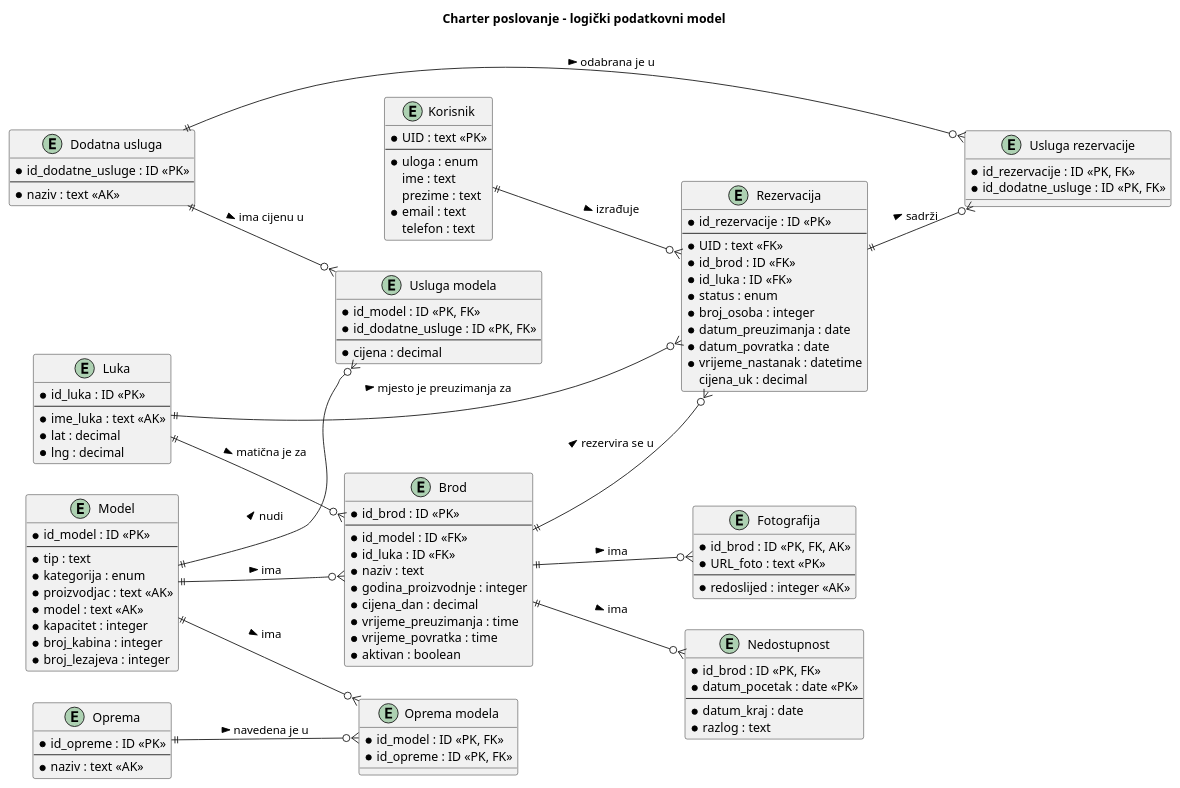
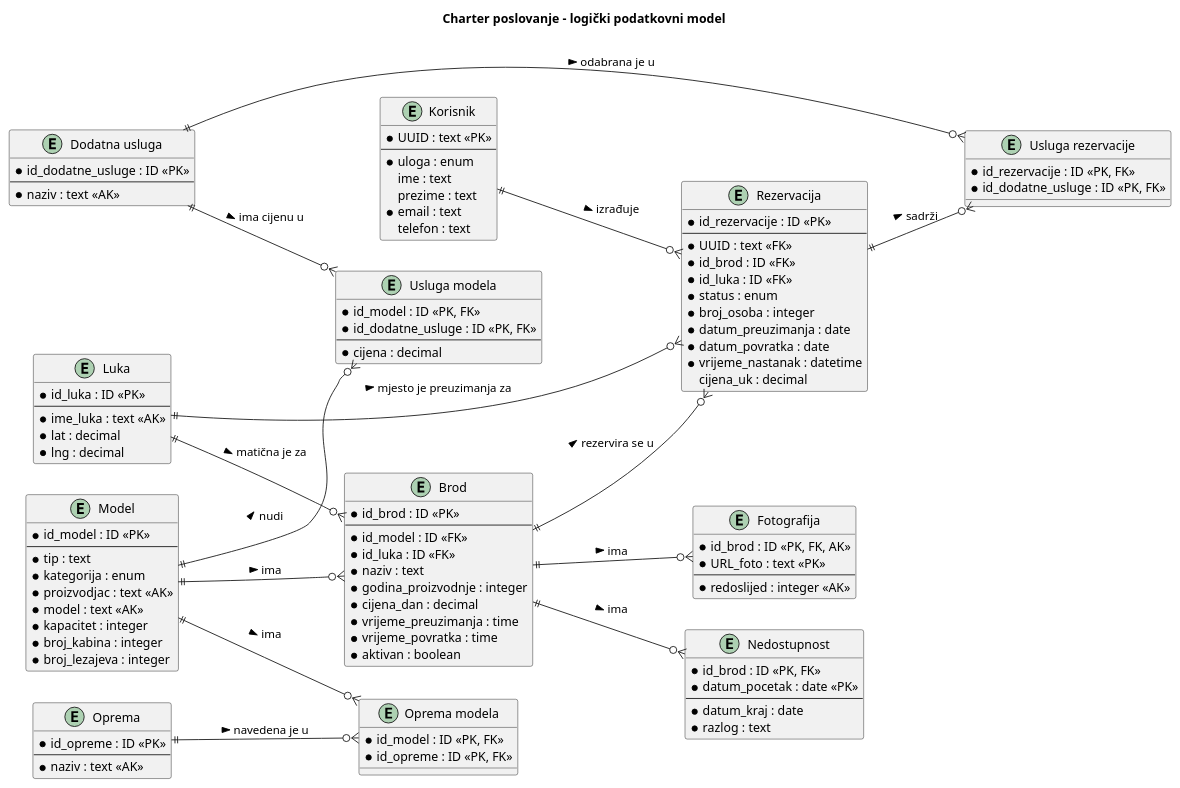
The diagram in docs/puml/4-2-charter-data-ERD.puml (auzelac1/PROGI_PROJEKT), drawn with PlantUML before and after one commit. The commit also changed 7 other files, not shown here.

```diff
--- a/docs/puml/4-2-charter-data-ERD.puml
+++ b/docs/puml/4-2-charter-data-ERD.puml
@@ -1,121 +1,121 @@
 @startuml
 left to right direction
 title Charter poslovanje - logički podatkovni model
 
 skinparam shadowing false
 
 entity "Korisnik" as korisnik {
-    * UID : text <<PK>>
+    * UUID : text <<PK>>
     --
     * uloga : enum
     ime : text
     prezime : text
     * email : text
     telefon : text
 }
 
 entity "Model" as model {
     * id_model : ID <<PK>>
     --
     * tip : text
     * kategorija : enum
     * proizvodjac : text <<AK>>
     * model : text <<AK>>
     * kapacitet : integer
     * broj_kabina : integer
     * broj_lezajeva : integer
 }
 
 entity "Dodatna usluga" as usluga {
     * id_dodatne_usluge : ID <<PK>>
     --
     * naziv : text <<AK>>
 }
 
 entity "Usluga modela" as model_usluge {
     * id_model : ID <<PK, FK>>
     * id_dodatne_usluge : ID <<PK, FK>>
     --
     * cijena : decimal
 }
 
 entity "Usluga rezervacije" as rezervacija_usluga {
     * id_rezervacije : ID <<PK, FK>>
     * id_dodatne_usluge : ID <<PK, FK>>
 }
 
 entity "Brod" as brod {
     * id_brod : ID <<PK>>
     --
     * id_model : ID <<FK>>
     * id_luka : ID <<FK>>
     * naziv : text
     * godina_proizvodnje : integer
     * cijena_dan : decimal
     * vrijeme_preuzimanja : time
     * vrijeme_povratka : time
     * aktivan : boolean
 }
 
 entity "Rezervacija" as rezervacija {
     * id_rezervacije : ID <<PK>>
     --
-    * UID : text <<FK>>
+    * UUID : text <<FK>>
     * id_brod : ID <<FK>>
     * id_luka : ID <<FK>>
     * status : enum
     * broj_osoba : integer
     * datum_preuzimanja : date
     * datum_povratka : date
     * vrijeme_nastanak : datetime
     cijena_uk : decimal
 }
 
 entity "Nedostupnost" as nedostupnost {
     * id_brod : ID <<PK, FK>>
     * datum_pocetak : date <<PK>>
     --
     * datum_kraj : date
     * razlog : text
 }
 
 entity "Fotografija" as fotografija {
     * id_brod : ID <<PK, FK, AK>>
     * URL_foto : text <<PK>>
     --
     * redoslijed : integer <<AK>>
 }
 
 entity "Luka" as luka {
     * id_luka : ID <<PK>>
     --
     * ime_luka : text <<AK>>
     * lat : decimal
     * lng : decimal
 }
 
 entity "Oprema" as oprema {
     * id_opreme : ID <<PK>>
     --
     * naziv : text <<AK>>
 }
 
 entity "Oprema modela" as model_oprema {
     * id_model : ID <<PK, FK>>
     * id_opreme : ID <<PK, FK>>
 }
 
 korisnik ||--o{ rezervacija : izrađuje >
 model ||--o{ brod : ima >
 luka ||--o{ brod : matična je za >
 luka ||--o{ rezervacija : mjesto je preuzimanja za >
 brod ||--o{ rezervacija : rezervira se u >
 brod ||--o{ nedostupnost : ima >
 brod ||--o{ fotografija : ima >
 model ||--o{ model_usluge : nudi >
 usluga ||--o{ model_usluge : ima cijenu u >
 rezervacija ||--o{ rezervacija_usluga : sadrži >
 usluga ||--o{ rezervacija_usluga : odabrana je u >
 model ||--o{ model_oprema : ima >
 oprema ||--o{ model_oprema : navedena je u >
 @enduml
```
